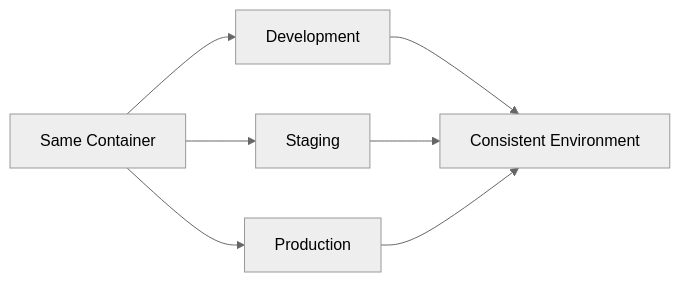
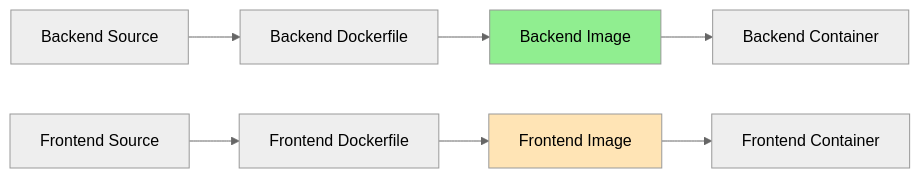
One commit to 4gh0rn/dev-blog changed the second of 9 diagrams in docs/projects/conduit-container.md. Above: the diagram before and after it, drawn with Mermaid (neutral theme). The commit also changed other lines of this file and 17 other files, not shown here.

````diff
--- a/docs/projects/conduit-container.md
+++ b/docs/projects/conduit-container.md
@@ -75,10 +81,14 @@
 ```mermaid
 graph LR
-    A[Same Container] --> B[Development]
-    A --> C[Staging]
-    A --> D[Production]
+    A[Backend Source] --> B[Backend Dockerfile]
+    B --> C[Backend Image]
     
-    B --> E[Consistent Environment]
-    C --> E
-    D --> E
+    D[Frontend Source] --> E[Frontend Dockerfile]
+    E --> F[Frontend Image]
+    
+    C --> G[Backend Container]
+    F --> H[Frontend Container]
+    
+    style C fill:#90EE90
+    style F fill:#FFE4B5
 ```
````
